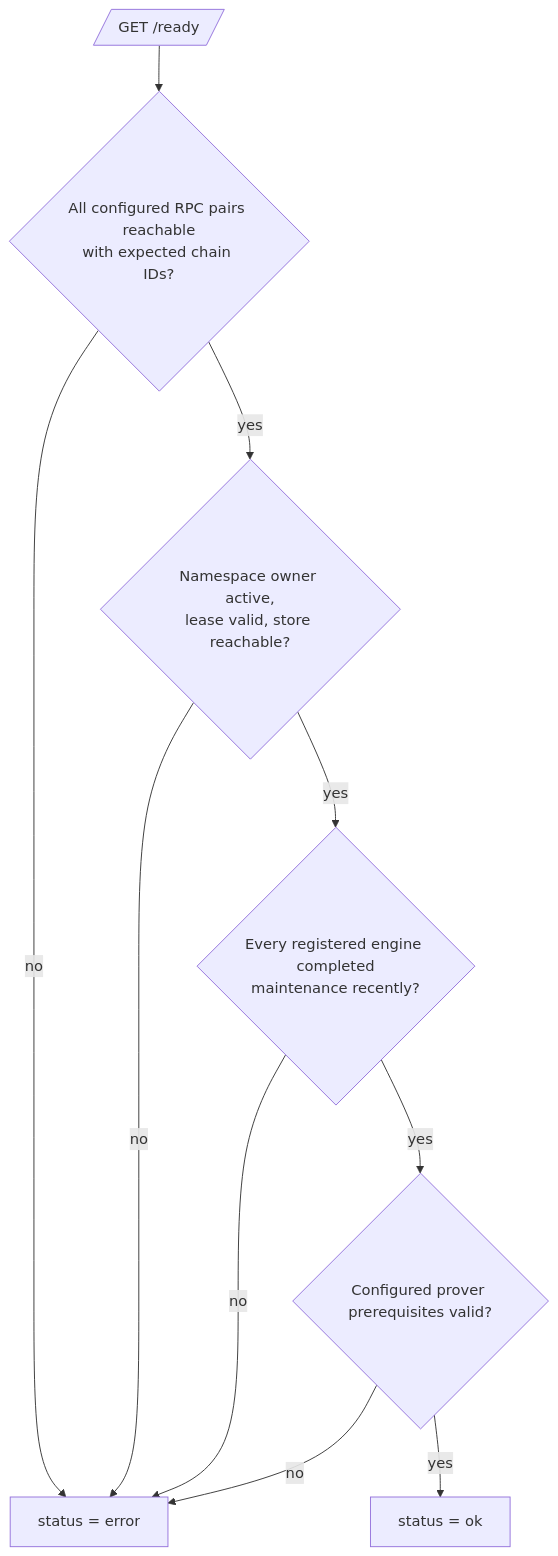
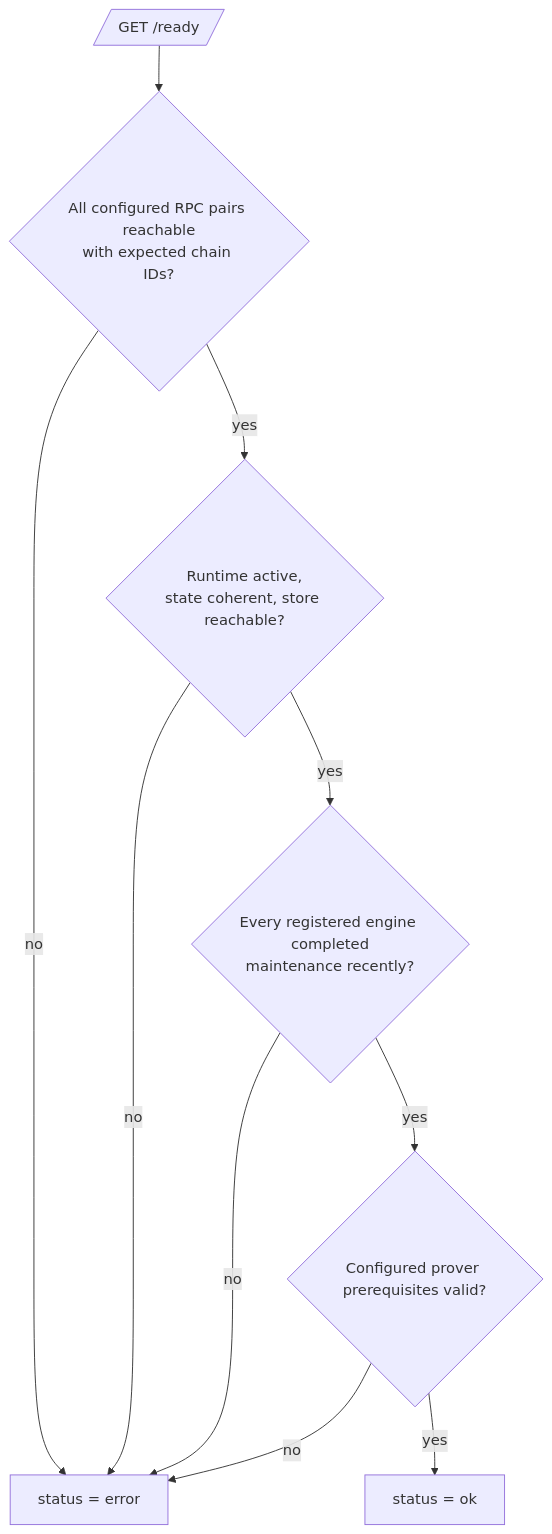
One commit to taikoxyz/raiko2 changed the tenth of 10 diagrams in docs/architecture.md. Above: the diagram before and after it, drawn with Mermaid. The commit also changed other lines of this file and 29 other files, not shown here.

````diff
--- a/docs/architecture.md
+++ b/docs/architecture.md
@@ -387,12 +384,12 @@
 ```mermaid
 flowchart TD
   Probe[/GET /ready/] --> RPC{All configured RPC pairs reachable<br/>with expected chain IDs?}
   RPC -->|no| Fail[status = error]
-  RPC -->|yes| Owner{Namespace owner active,<br/>lease valid, store reachable?}
-  Owner -->|no| Fail
-  Owner -->|yes| Queue{Every registered engine completed<br/>maintenance recently?}
+  RPC -->|yes| Runtime{Runtime active,<br/>state coherent, store reachable?}
+  Runtime -->|no| Fail
+  Runtime -->|yes| Queue{Every registered engine completed<br/>maintenance recently?}
   Queue -->|no| Fail
   Queue -->|yes| Prover{Configured prover prerequisites valid?}
   Prover -->|no| Fail
   Prover -->|yes| Ready[status = ok]
 ```
````
